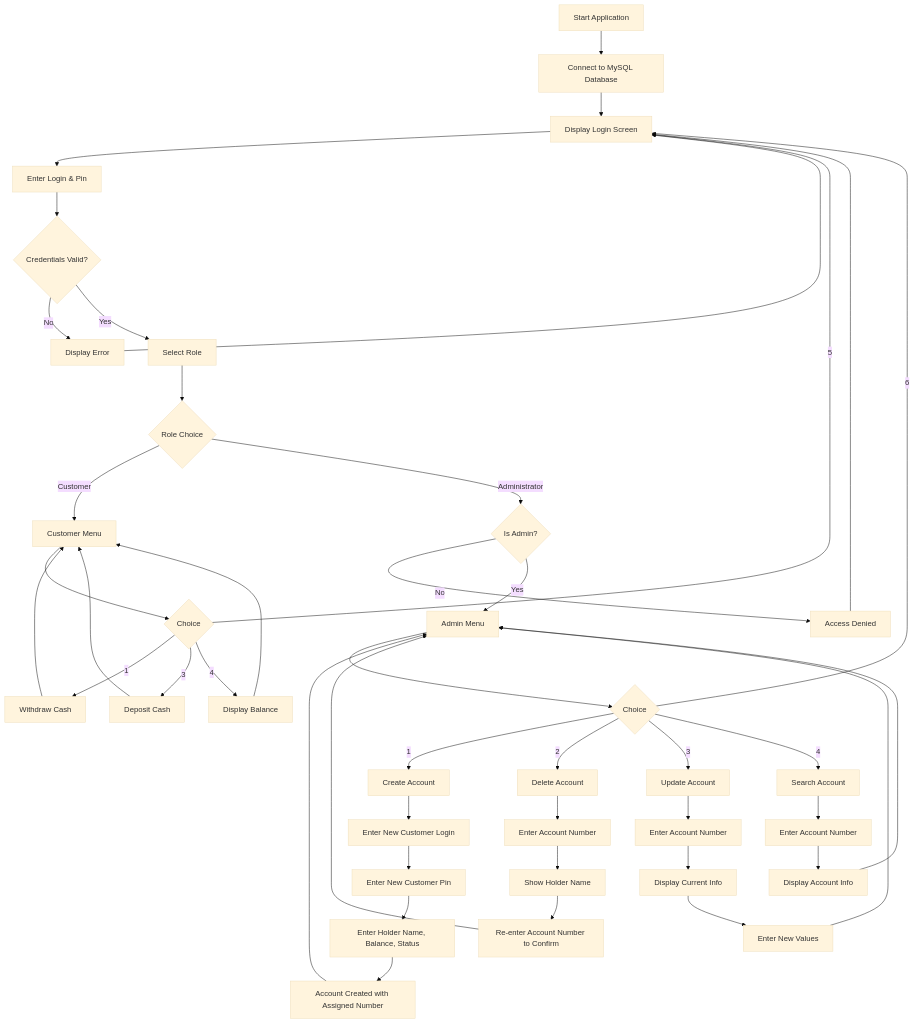
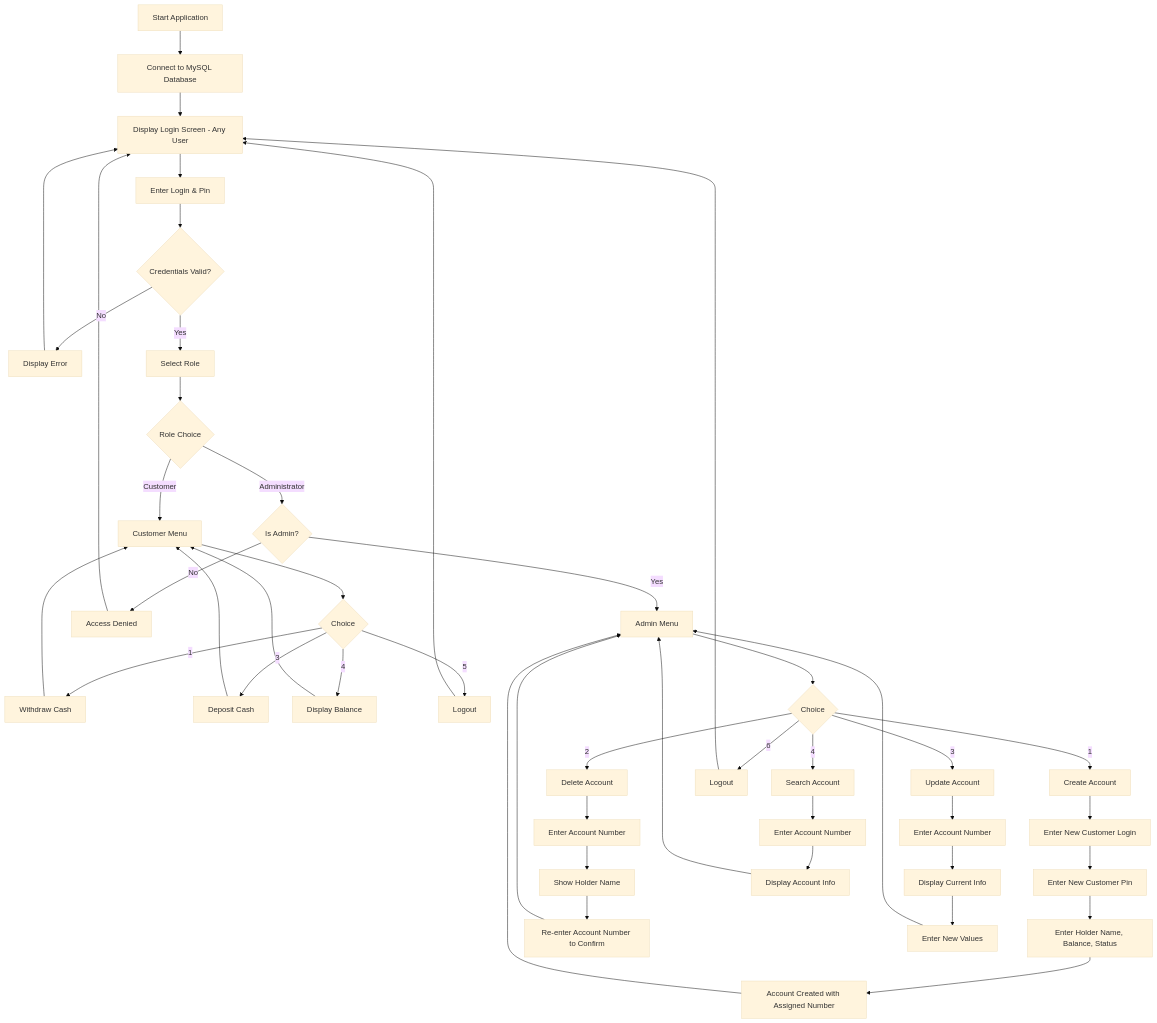
One commit to rfaris27/MidTermExam changed the second of 4 diagrams in DIAGRAMS.md. Above: the diagram before and after it, drawn with Mermaid (base theme).

Commit message:
added few changes test

````diff
--- a/DIAGRAMS.md
+++ b/DIAGRAMS.md
@@ -76,48 +76,50 @@
 ```mermaid
 flowchart TD
     A[Start Application] --> B[Connect to MySQL Database]
-    B --> C[Display Login Screen]
+    B --> C[Display Login Screen - Any User]
     C --> D[Enter Login & Pin]
     D --> E{Credentials Valid?}
     E -- No --> F[Display Error]
     F --> C
     E -- Yes --> G[Select Role]
     G --> H{Role Choice}
     
     H -- Customer --> I[Customer Menu]
     I --> I1{Choice}
     I1 -- 1 --> I2[Withdraw Cash]
     I1 -- 3 --> I3[Deposit Cash]
     I1 -- 4 --> I4[Display Balance]
-    I1 -- 5 --> C
+    I1 -- 5 --> LOGOUT1[Logout]
+    LOGOUT1 --> C
     I2 --> I
     I3 --> I
     I4 --> I
 
     H -- Administrator --> J{Is Admin?}
     J -- No --> K[Access Denied]
     K --> C
     J -- Yes --> L[Admin Menu]
     L --> L1{Choice}
     L1 -- 1 --> L2[Create Account]
     L2 --> L2a[Enter New Customer Login]
     L2a --> L2b[Enter New Customer Pin]
     L2b --> L2c[Enter Holder Name, Balance, Status]
     L2c --> L2d[Account Created with Assigned Number]
     L2d --> L
     L1 -- 2 --> L3[Delete Account]
     L3 --> L3a[Enter Account Number]
     L3a --> L3b[Show Holder Name]
     L3b --> L3c[Re-enter Account Number to Confirm]
     L3c --> L
     L1 -- 3 --> L4[Update Account]
     L4 --> L4a[Enter Account Number]
     L4a --> L4b[Display Current Info]
     L4b --> L4c[Enter New Values]
     L4c --> L
     L1 -- 4 --> L5[Search Account]
     L5 --> L5a[Enter Account Number]
     L5a --> L5b[Display Account Info]
     L5b --> L
-    L1 -- 6 --> C
+    L1 -- 6 --> LOGOUT2[Logout]
+    LOGOUT2 --> C
 ```
````
